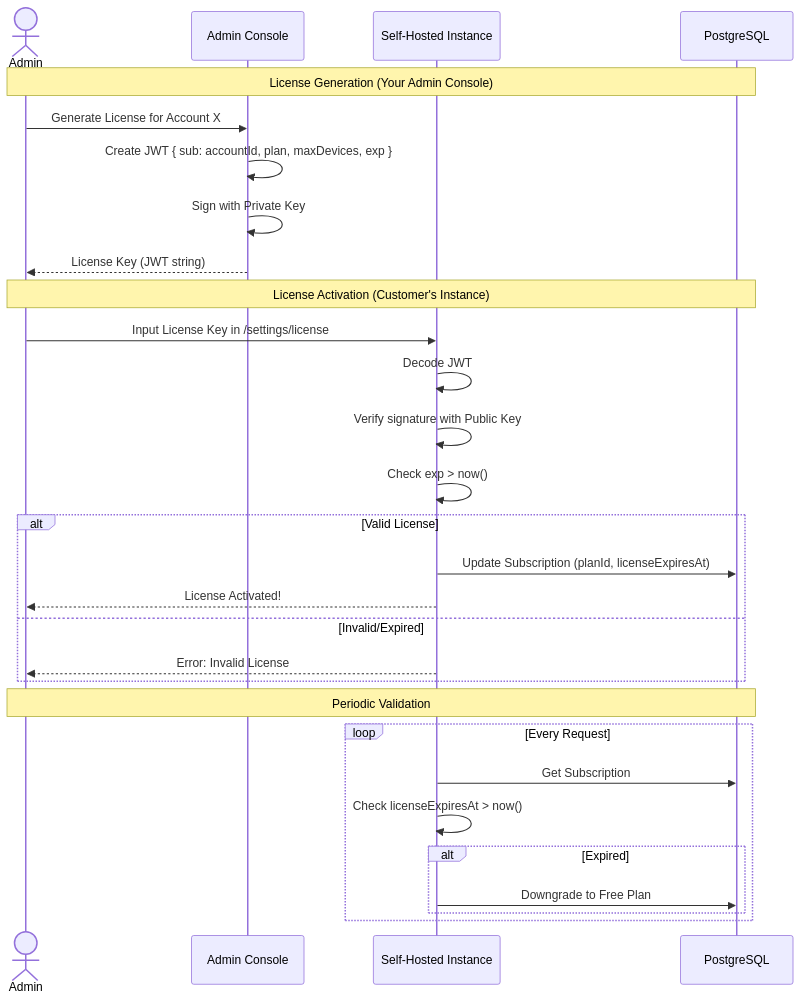
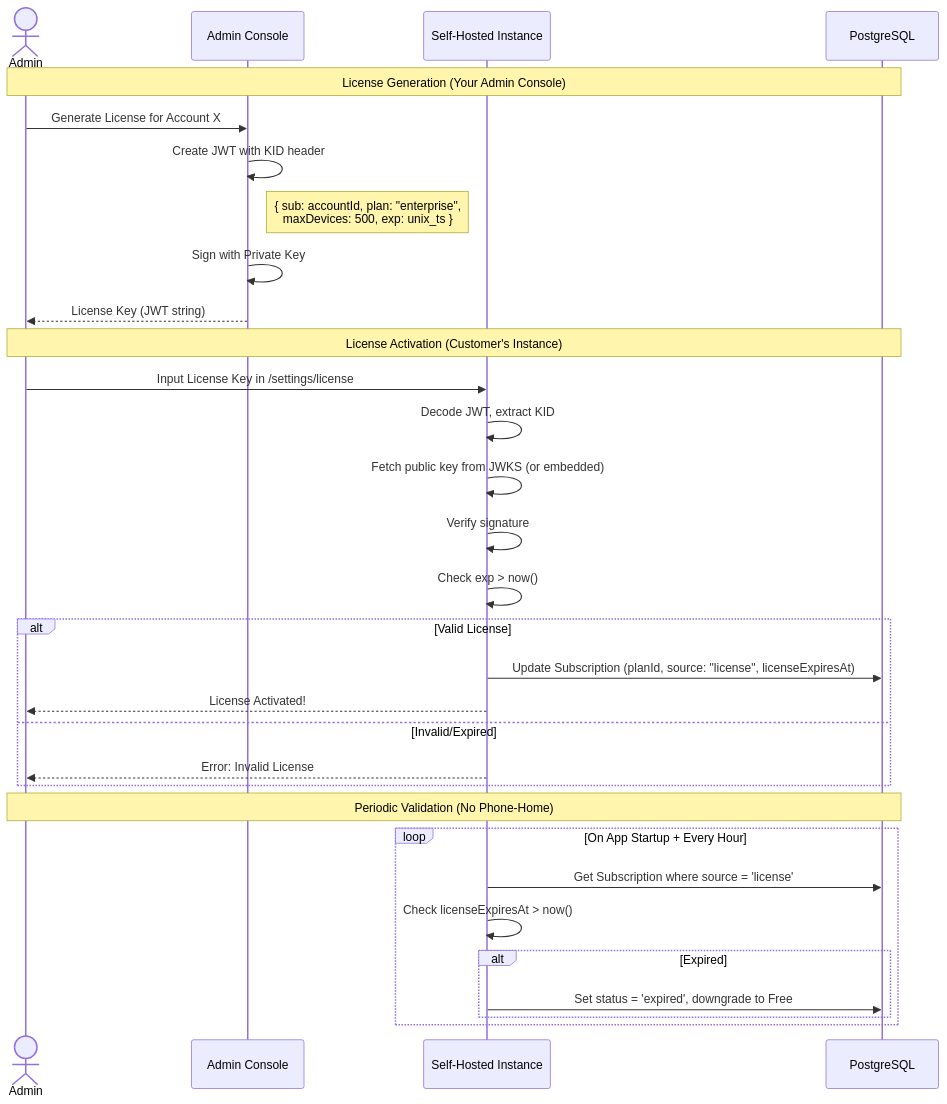
One commit to Tis1201/data_fs04 changed the sixth of 7 diagrams in docs/architecture/business/SUBSCRIPTIONS.md. Above: the diagram before and after it, drawn with Mermaid. The commit also changed other lines of this file, not shown here.

Commit message:
docs: Enhance subscription design with plan codes, license source, override limits, and refined entitlement logic.

````diff
--- a/docs/architecture/business/SUBSCRIPTIONS.md
+++ b/docs/architecture/business/SUBSCRIPTIONS.md
@@ -251,34 +282,36 @@
 ```mermaid
 sequenceDiagram
     actor Admin
     participant Console as Admin Console
     participant Web as Self-Hosted Instance
     participant DB as PostgreSQL
 
     Note over Admin,DB: License Generation (Your Admin Console)
     Admin->>Console: Generate License for Account X
-    Console->>Console: Create JWT { sub: accountId, plan, maxDevices, exp }
+    Console->>Console: Create JWT with KID header
+    Note right of Console: { sub: accountId, plan: "enterprise",<br/>maxDevices: 500, exp: unix_ts }
     Console->>Console: Sign with Private Key
     Console-->>Admin: License Key (JWT string)
 
     Note over Admin,DB: License Activation (Customer's Instance)
     Admin->>Web: Input License Key in /settings/license
-    Web->>Web: Decode JWT
-    Web->>Web: Verify signature with Public Key
+    Web->>Web: Decode JWT, extract KID
+    Web->>Web: Fetch public key from JWKS (or embedded)
+    Web->>Web: Verify signature
     Web->>Web: Check exp > now()
     alt Valid License
-        Web->>DB: Update Subscription (planId, licenseExpiresAt)
+        Web->>DB: Update Subscription (planId, source: "license", licenseExpiresAt)
         Web-->>Admin: License Activated!
     else Invalid/Expired
         Web-->>Admin: Error: Invalid License
     end
 
-    Note over Admin,DB: Periodic Validation
-    loop Every Request
-        Web->>DB: Get Subscription
+    Note over Admin,DB: Periodic Validation (No Phone-Home)
+    loop On App Startup + Every Hour
+        Web->>DB: Get Subscription where source = 'license'
         Web->>Web: Check licenseExpiresAt > now()
         alt Expired
-            Web->>DB: Downgrade to Free Plan
+            Web->>DB: Set status = 'expired', downgrade to Free
         end
     end
 ```
````
